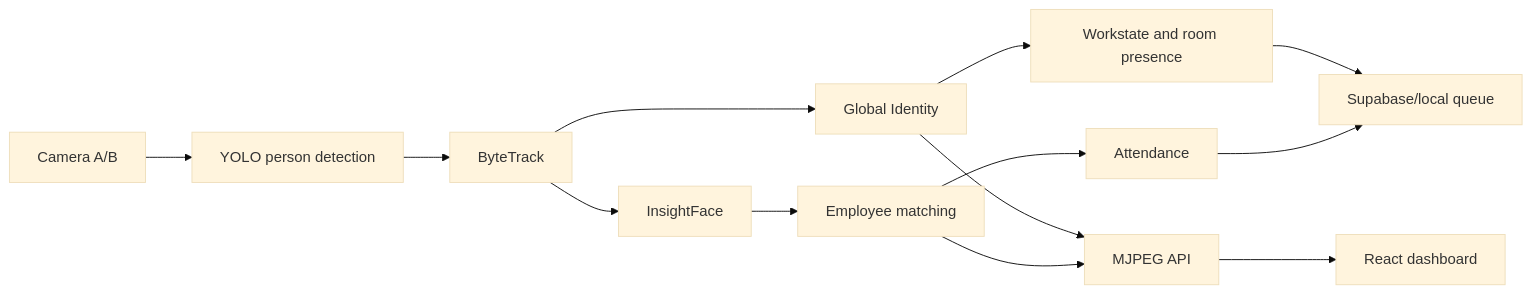
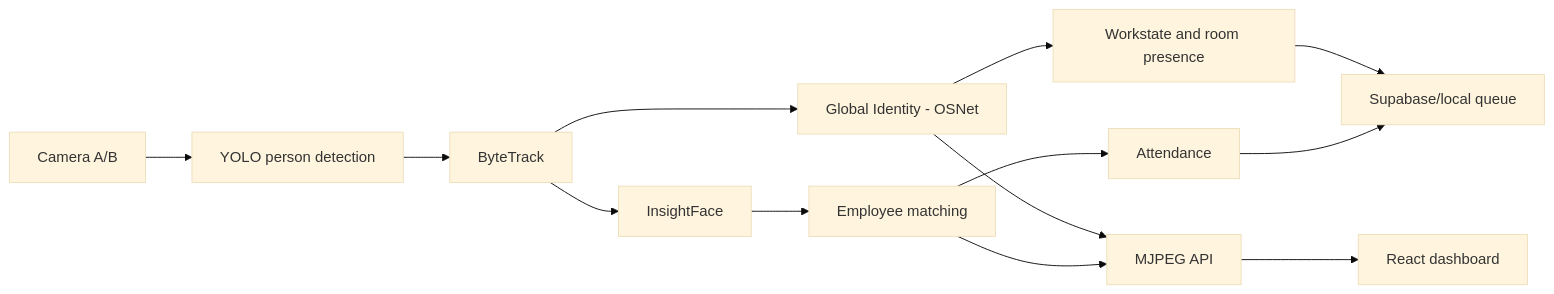
Before and after one commit to AnhDuybugde/camera-ojt: the diagram in README.md, drawn with Mermaid (base theme). The commit also changed other lines of this file and 34 other files, not shown here.

````diff
--- a/README.md
+++ b/README.md
@@ -239,15 +178,15 @@
 ```mermaid
 flowchart LR
     A[Camera A/B] --> B[YOLO person detection]
     B --> C[ByteTrack]
-    C --> D[Global Identity]
+    C --> D[Global Identity - OSNet]
     C --> E[InsightFace]
     E --> F[Employee matching]
     D --> G[Workstate and room presence]
     F --> H[Attendance]
     G --> I[Supabase/local queue]
     H --> I
     D --> J[MJPEG API]
     F --> J
     J --> K[React dashboard]
 ```
````
